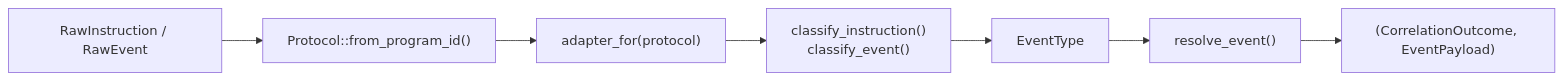
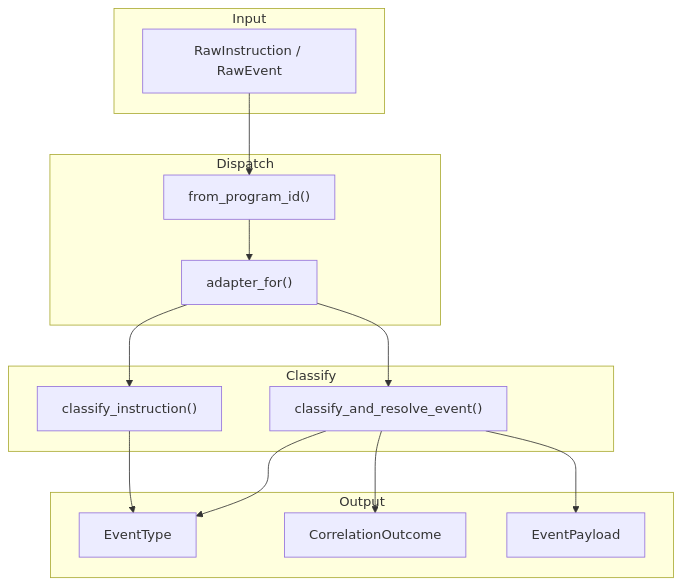
One commit to ohaddahan/defi-tracker-lifecycle changed the first of 2 diagrams in README.md. Above: the diagram before and after it, drawn with Mermaid. The commit also changed other lines of this file, not shown here.

````diff
--- a/README.md
+++ b/README.md
@@ -18,9 +18,23 @@
 ```mermaid
-flowchart LR
-    Raw["RawInstruction / RawEvent"] --> Lookup["Protocol::from_program_id()"]
-    Lookup --> Adapter["adapter_for(protocol)"]
-    Adapter --> Classify["classify_instruction()\nclassify_event()"]
-    Classify --> ET["EventType"]
-    ET --> Resolve["resolve_event()"]
-    Resolve --> Out["(CorrelationOutcome, EventPayload)"]
+flowchart TD
+    subgraph Input
+        Raw["RawInstruction / RawEvent"]
+    end
+    subgraph Dispatch
+        Lookup["from_program_id()"] --> Adapter["adapter_for()"]
+    end
+    subgraph Classify
+        CI["classify_instruction()"]
+        CE["classify_and_resolve_event()"]
+    end
+    subgraph Output
+        ET["EventType"]
+        CO["CorrelationOutcome"]
+        EP["EventPayload"]
+    end
+
+    Raw --> Lookup
+    Adapter --> CI & CE
+    CI --> ET
+    CE --> ET & CO & EP
 ```
````
